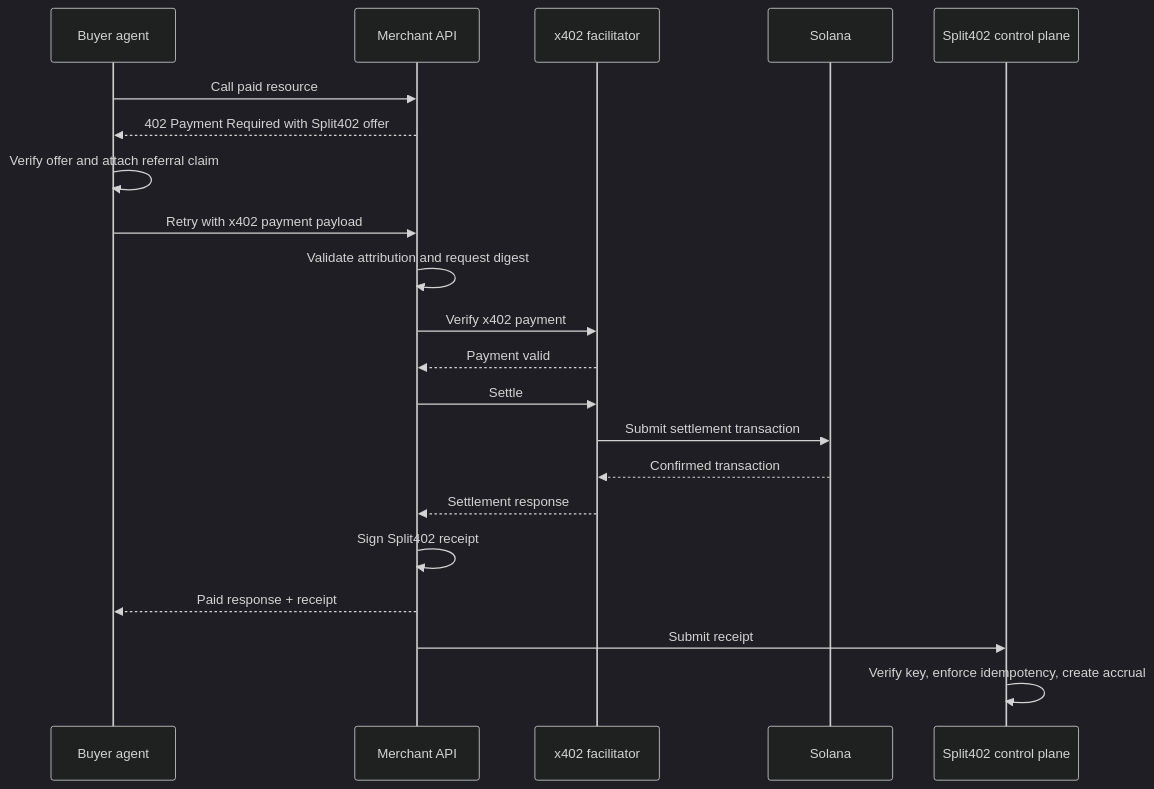
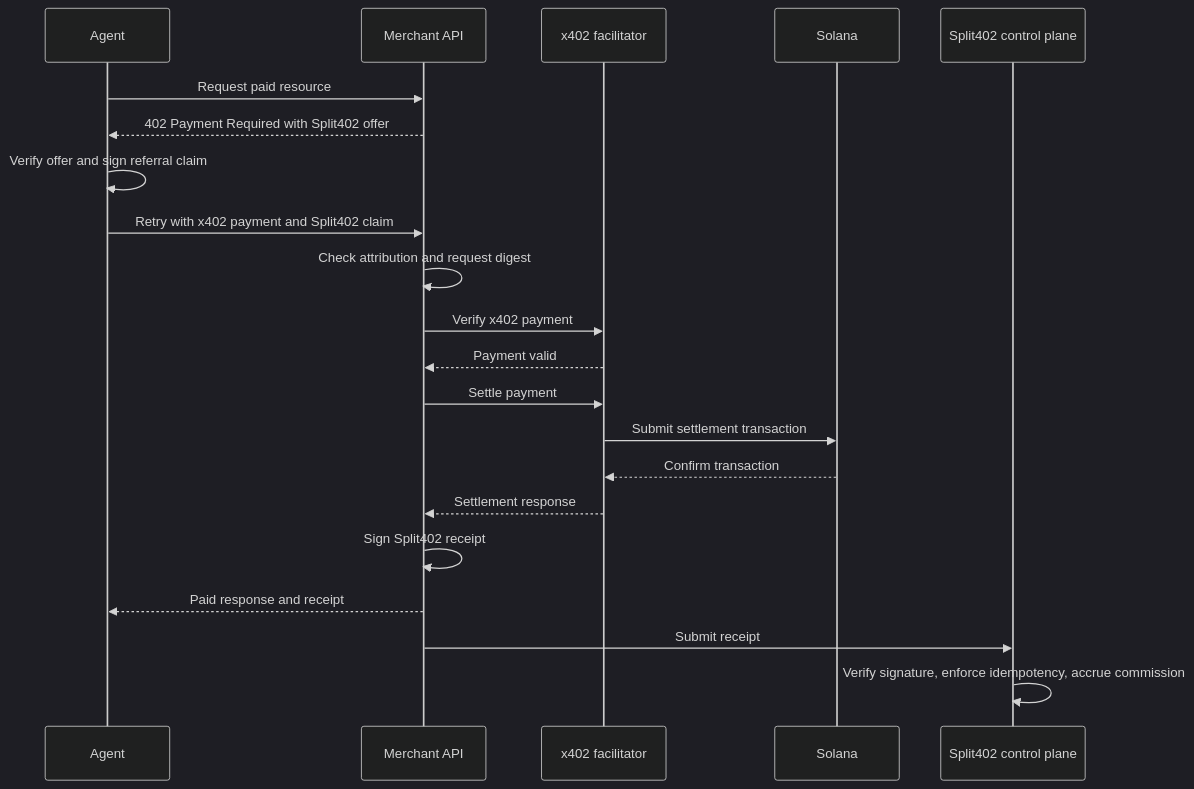
One commit to split402protocol/splitx402 changed the third of 5 diagrams in README.md. Above: the diagram before and after it, drawn with Mermaid (dark theme). The commit also changed other lines of this file and 10 other files, not shown here.

````diff
--- a/README.md
+++ b/README.md
@@ -45,24 +82,24 @@
 ```mermaid
 sequenceDiagram
-  participant B as Buyer agent
+  participant A as Agent
   participant M as Merchant API
   participant X as x402 facilitator
   participant S as Solana
   participant C as Split402 control plane
 
-  B->>M: Call paid resource
-  M-->>B: 402 Payment Required with Split402 offer
-  B->>B: Verify offer and attach referral claim
-  B->>M: Retry with x402 payment payload
-  M->>M: Validate attribution and request digest
+  A->>M: Request paid resource
+  M-->>A: 402 Payment Required with Split402 offer
+  A->>A: Verify offer and sign referral claim
+  A->>M: Retry with x402 payment and Split402 claim
+  M->>M: Check attribution and request digest
   M->>X: Verify x402 payment
   X-->>M: Payment valid
-  M->>X: Settle
+  M->>X: Settle payment
   X->>S: Submit settlement transaction
-  S-->>X: Confirmed transaction
+  S-->>X: Confirm transaction
   X-->>M: Settlement response
   M->>M: Sign Split402 receipt
-  M-->>B: Paid response + receipt
+  M-->>A: Paid response and receipt
   M->>C: Submit receipt
-  C->>C: Verify key, enforce idempotency, create accrual
+  C->>C: Verify signature, enforce idempotency, accrue commission
 ```
````
